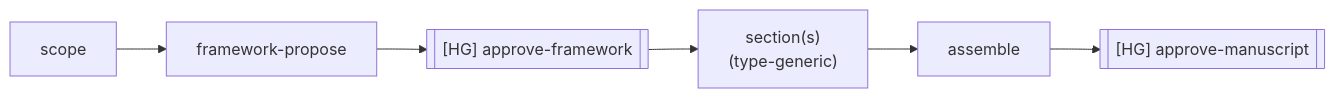
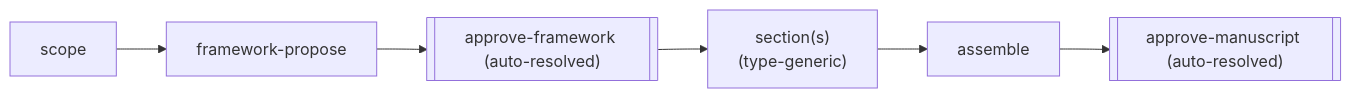
Before and after one commit to phoongkhangzhie/research-vault: the third of 3 diagrams in README.md, drawn with Mermaid. The commit also changed other lines of this file and 13 other files, not shown here.

````diff
--- a/README.md
+++ b/README.md
@@ -200,6 +200,6 @@
 ```mermaid
 flowchart LR
-    scope[scope] --> fp[framework-propose] --> HG1[["[HG] approve-framework"]]
-    HG1 --> sec["section(s)\n(type-generic)"] --> assemble
-    assemble --> HG2[["[HG] approve-manuscript"]]
+    scope[scope] --> fp[framework-propose] --> GATE1[["approve-framework (auto-resolved)"]]
+    GATE1 --> sec["section(s)\n(type-generic)"] --> assemble
+    assemble --> GATE2[["approve-manuscript (auto-resolved)"]]
 ```
````
